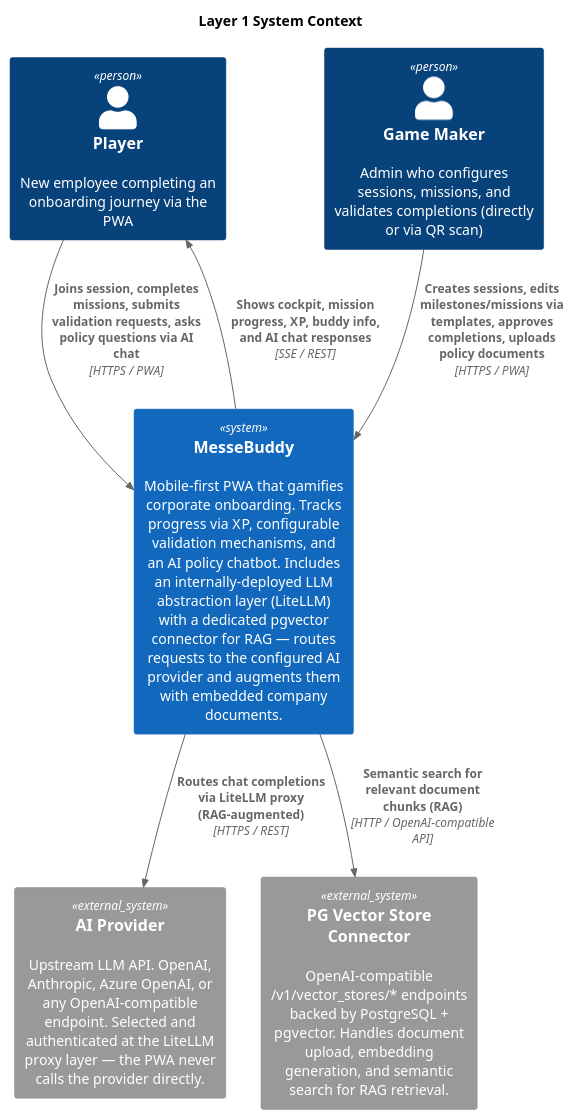
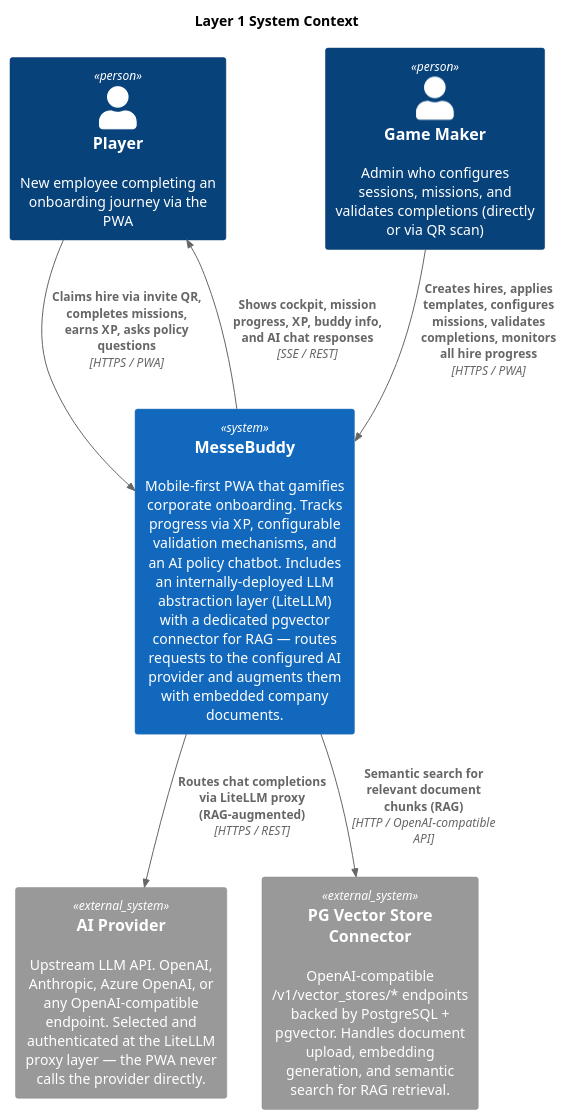
One commit to hoonsubin/messe-buddy-app changed the diagram in docs/c4context.puml. Above: the diagram before and after it, drawn with PlantUML. The commit also changed 44 other files, not shown here.

```diff
--- a/docs/c4context.puml
+++ b/docs/c4context.puml
@@ -1,20 +1,20 @@
 @startuml diagram_01_c4_context
 !include <C4/C4_Context>
 
 title Layer 1 System Context
 
 Person(player, "Player", "New employee completing an onboarding journey via the PWA")
 Person(gameMaker, "Game Maker", "Admin who configures sessions, missions, and validates completions (directly or via QR scan)")
 
 System(messeBuddy, "MesseBuddy", "Mobile-first PWA that gamifies corporate onboarding. Tracks progress via XP, configurable validation mechanisms, and an AI policy chatbot. Includes an internally-deployed LLM abstraction layer (LiteLLM) with a dedicated pgvector connector for RAG — routes requests to the configured AI provider and augments them with embedded company documents.")
 
 System_Ext(aiProvider, "AI Provider", "Upstream LLM API. OpenAI, Anthropic, Azure OpenAI, or any OpenAI-compatible endpoint. Selected and authenticated at the LiteLLM proxy layer — the PWA never calls the provider directly.")
 System_Ext(pgvectorConnector, "PG Vector Store Connector", "OpenAI-compatible /v1/vector_stores/* endpoints backed by PostgreSQL + pgvector. Handles document upload, embedding generation, and semantic search for RAG retrieval.")
 
-Rel(player, messeBuddy, "Joins session, completes missions, submits validation requests, asks policy questions via AI chat", "HTTPS / PWA")
-Rel(gameMaker, messeBuddy, "Creates sessions, edits milestones/missions via templates, approves completions, uploads policy documents", "HTTPS / PWA")
+Rel(player, messeBuddy, "Claims hire via invite QR, completes missions, earns XP, asks policy questions", "HTTPS / PWA")
+Rel(gameMaker, messeBuddy, "Creates hires, applies templates, configures missions, validates completions, monitors all hire progress", "HTTPS / PWA")
 Rel(messeBuddy, player, "Shows cockpit, mission progress, XP, buddy info, and AI chat responses", "SSE / REST")
 Rel(messeBuddy, aiProvider, "Routes chat completions via LiteLLM proxy (RAG-augmented)", "HTTPS / REST")
 Rel(messeBuddy, pgvectorConnector, "Semantic search for relevant document chunks (RAG)", "HTTP / OpenAI-compatible API")
 
 @enduml
```
